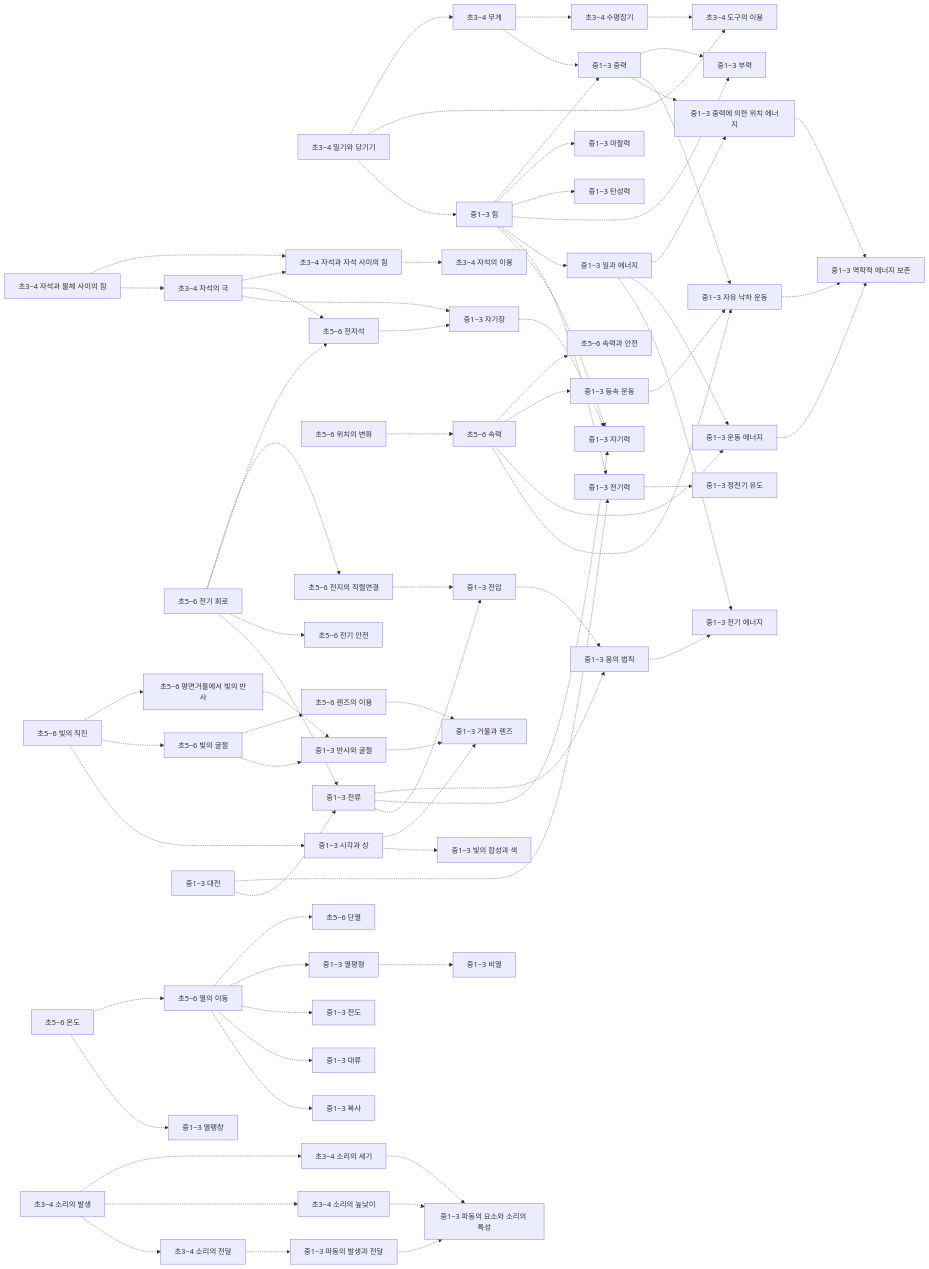
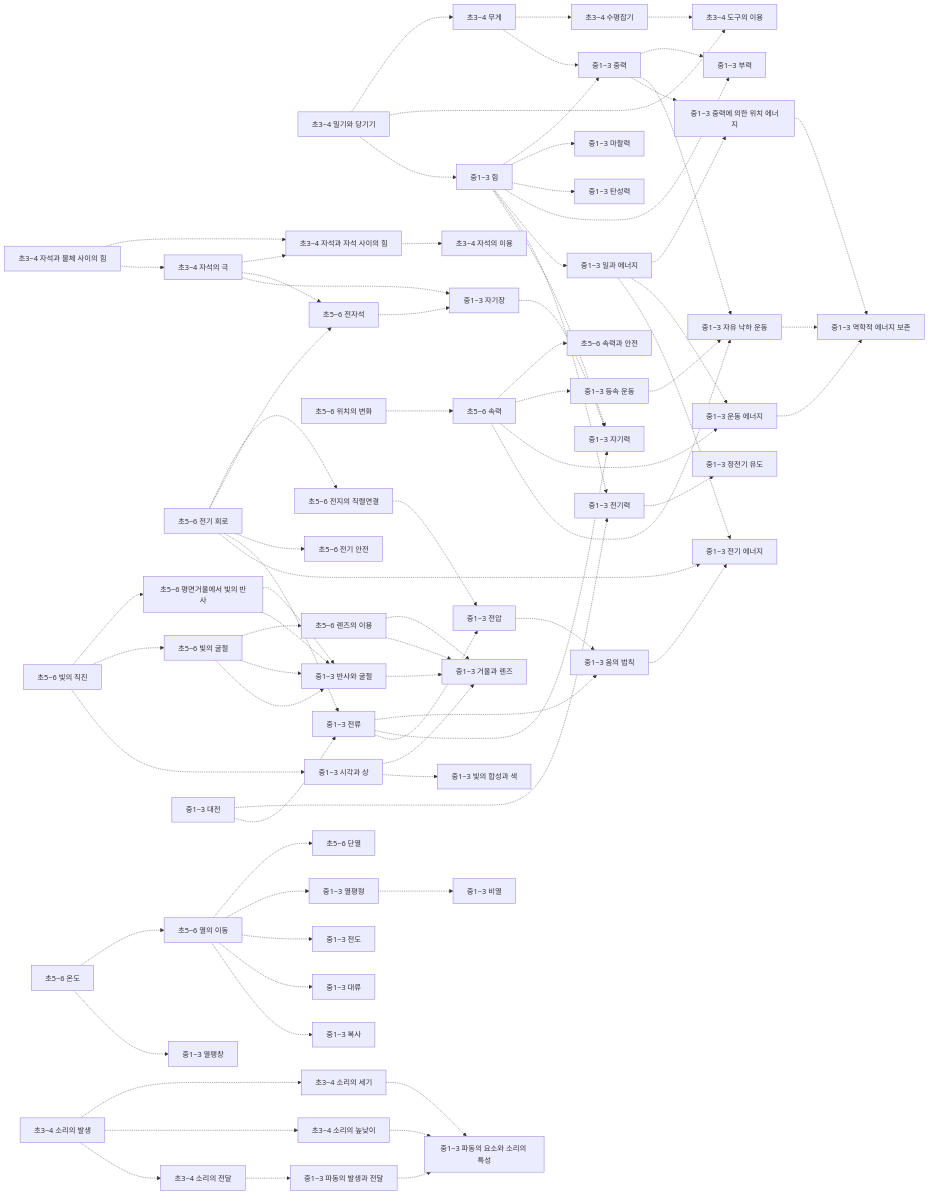
One commit to jalnanco/korea-learning-map changed the first of 5 diagrams in docs/과학-개념-지도.md. Above: the diagram before and after it, drawn with Mermaid. The commit also changed other lines of this file and 31 other files, not shown here.

````diff
--- a/docs/과학-개념-지도.md
+++ b/docs/과학-개념-지도.md
@@ -144,4 +145,8 @@
   n26 -.-> n44
   n41 -.-> n40
   n13 -.-> n32
+  n23 -.-> n53
+  n24 -.-> n53
+  n15 -.-> n43
+  n25 -.-> n54
 ```
````
